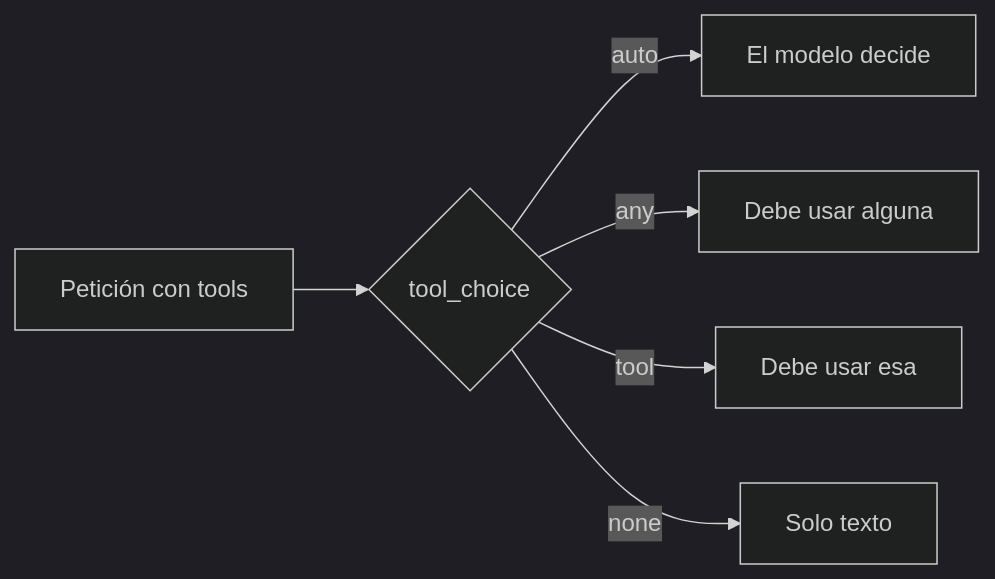
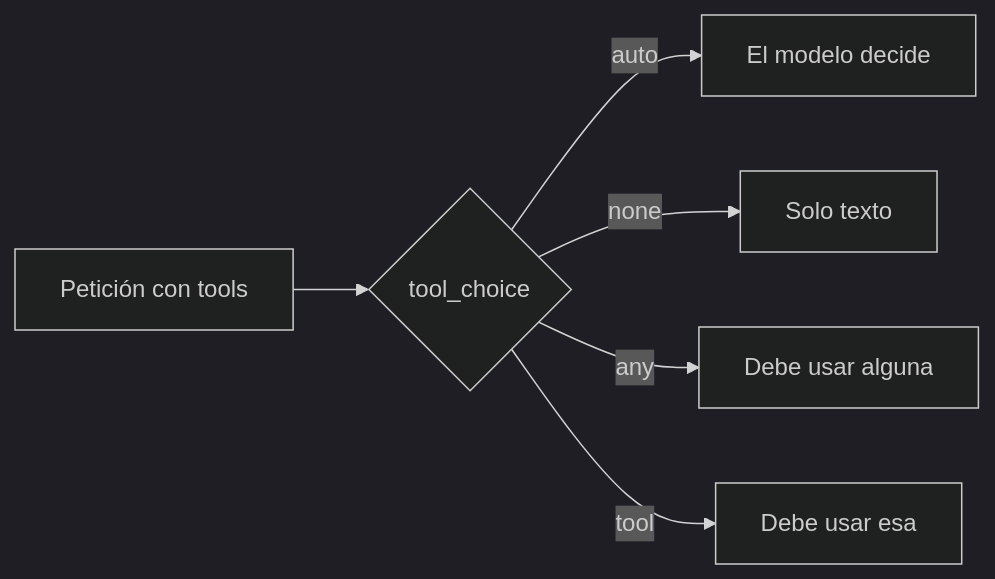
One commit to Diego303/morecontext changed the diagram in contenido/roadmap/20-herramientas/04-tool-choice.md. Above: the diagram before and after it, drawn with Mermaid (dark theme). The commit also changed other lines of this file and 688 other files, not shown here.

````diff
--- a/contenido/roadmap/20-herramientas/04-tool-choice.md
+++ b/contenido/roadmap/20-herramientas/04-tool-choice.md
@@ -26,8 +27,8 @@
 ```mermaid
 flowchart LR
   P[Petición con tools] --> C{tool_choice}
   C -- auto --> A[El modelo decide]
+  C -- none --> N[Solo texto]
   C -- any --> B[Debe usar alguna]
   C -- tool --> T[Debe usar esa]
-  C -- none --> N[Solo texto]
 ```
````
